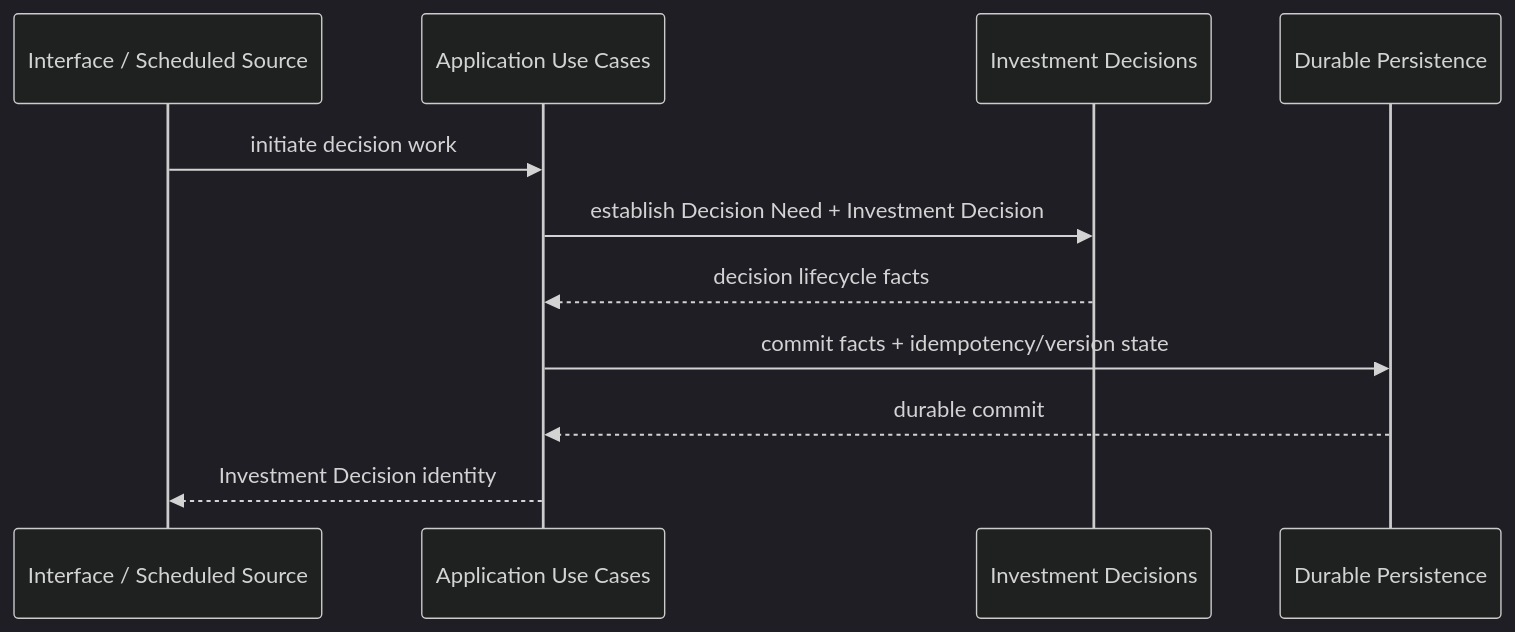
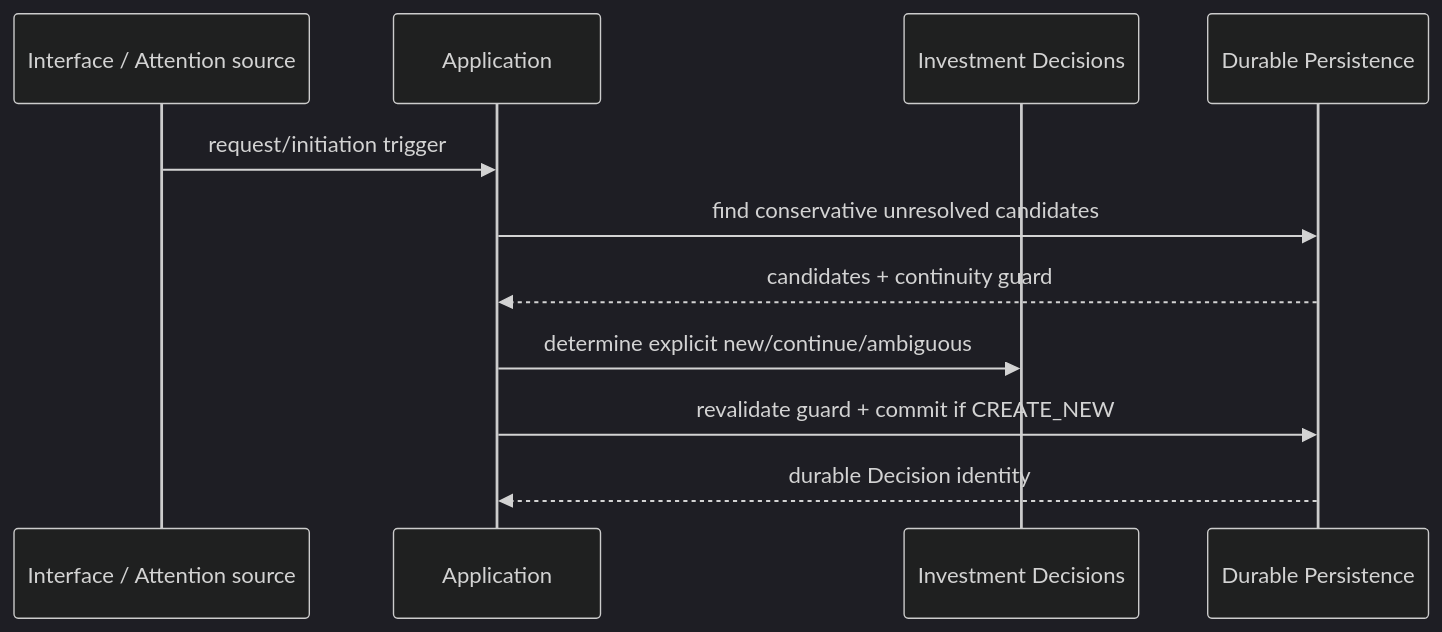
The fourth of 8 diagrams in docs/proposed/platform-domain-interaction-map.md (sponge-b0b/Polaris), drawn with Mermaid (dark theme) before and after one commit. The commit also changed other lines of this file and 13 other files, not shown here.

````diff
--- a/docs/proposed/platform-domain-interaction-map.md
+++ b/docs/proposed/platform-domain-interaction-map.md
@@ -355,14 +365,14 @@
 ```mermaid
 sequenceDiagram
-    participant S as Interface / Scheduled Source
-    participant App as Application Use Cases
+    participant S as Interface / Attention source
+    participant App as Application
     participant D as Investment Decisions
     participant P as Durable Persistence
 
-    S->>App: initiate decision work
-    App->>D: establish Decision Need + Investment Decision
-    D-->>App: decision lifecycle facts
-    App->>P: commit facts + idempotency/version state
-    P-->>App: durable commit
-    App-->>S: Investment Decision identity
+    S->>App: request/initiation trigger
+    App->>P: find conservative unresolved candidates
+    P-->>App: candidates + continuity guard
+    App->>D: determine explicit new/continue/ambiguous
+    App->>P: revalidate guard + commit if CREATE_NEW
+    P-->>App: durable Decision identity
 ```
````
